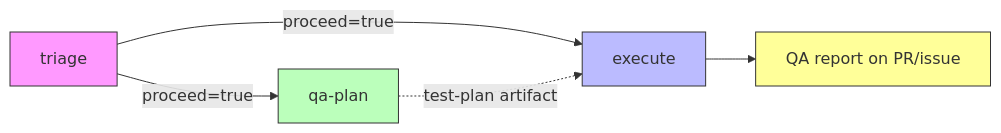
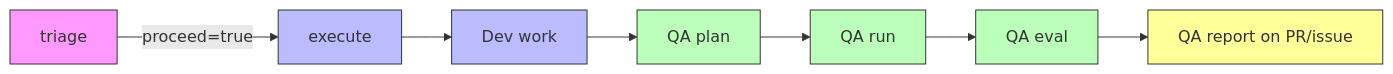
One commit to ktopolska/salesforce-ai-tools-qa-extension changed the diagram in docs/qa-pipeline.md. Above: the diagram before and after it, drawn with Mermaid. The commit also changed other lines of this file and 9 other files, not shown here.

First line of the commit message:
feat: improve QA architecture — merge qa-plan into execute, clean up skills

````diff
--- a/docs/qa-pipeline.md
+++ b/docs/qa-pipeline.md
@@ -20,12 +20,17 @@
 ```mermaid
 graph LR
     T[triage] -->|proceed=true| E[execute]
-    T -->|proceed=true| QP[qa-plan]
-    QP -.->|test-plan artifact| E
-    E --> R[QA report on PR/issue]
+    E --> D[Dev work]
+    D --> QP[QA plan]
+    QP --> QR[QA run]
+    QR --> QE[QA eval]
+    QE --> R[QA report on PR/issue]
 
     style T fill:#f9f,stroke:#333
     style E fill:#bbf,stroke:#333
+    style D fill:#bbf,stroke:#333
     style QP fill:#bfb,stroke:#333
+    style QR fill:#bfb,stroke:#333
+    style QE fill:#bfb,stroke:#333
     style R fill:#ff9,stroke:#333
 ```
````
